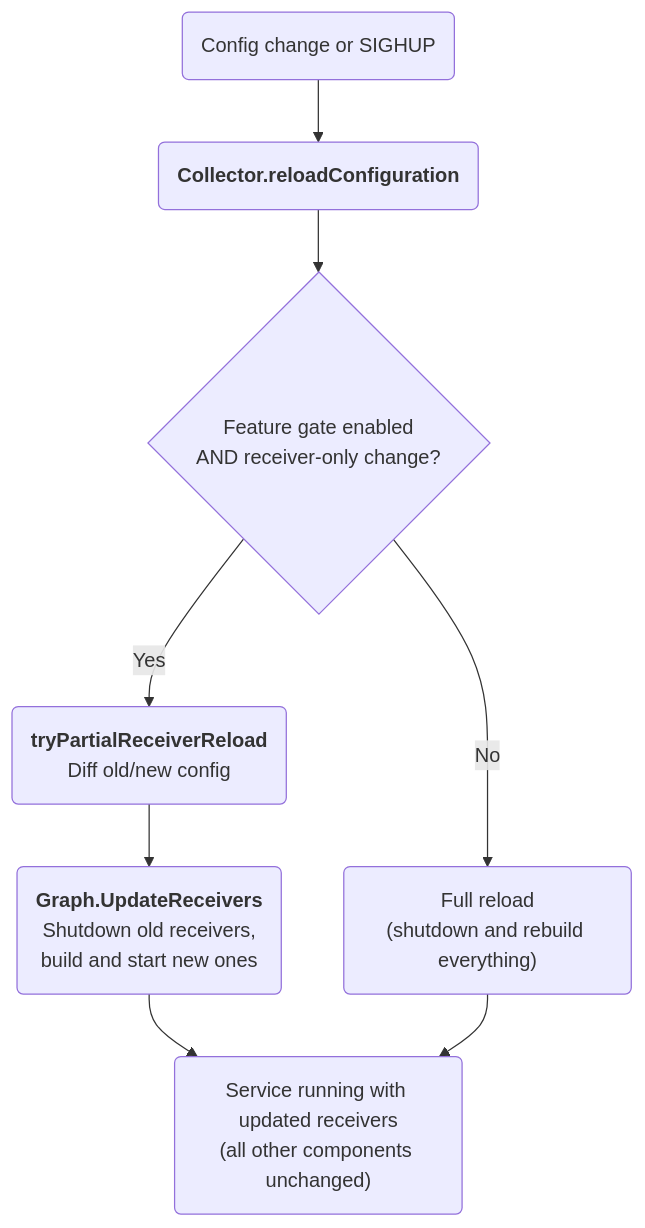
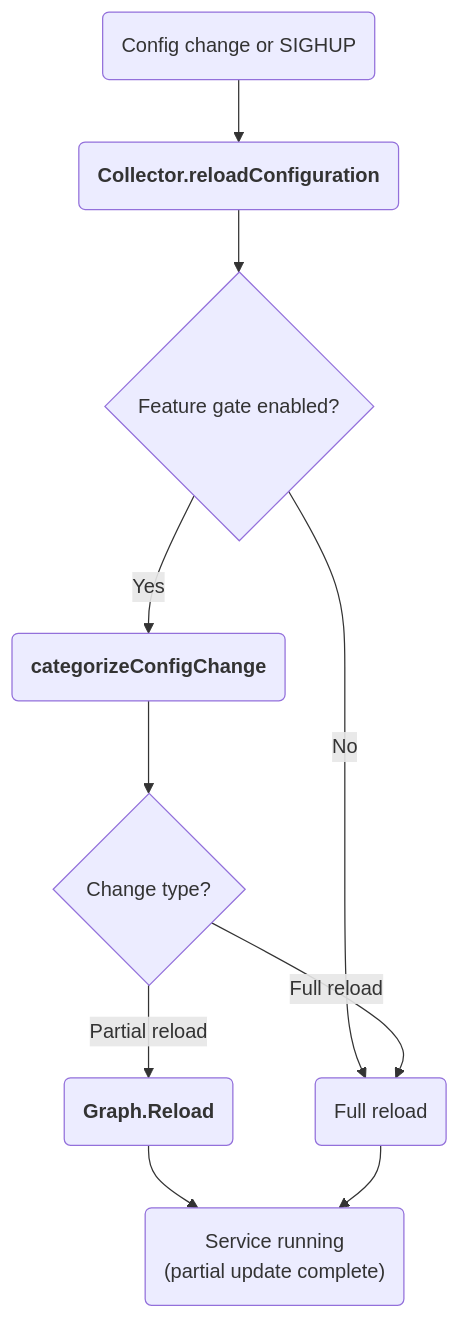
One commit to open-telemetry/opentelemetry-collector changed the third of 3 diagrams in docs/internal-architecture.md. Above: the diagram before and after it, drawn with Mermaid. The commit also changed other lines of this file and 9 other files, not shown here.

First line of the commit message:
service/graph: Add partial reload support for pipeline components

````diff
--- a/docs/internal-architecture.md
+++ b/docs/internal-architecture.md
@@ -71,16 +86,13 @@
 ```mermaid
 flowchart TD
     A("`Config change or SIGHUP`") --> B("`**Collector.reloadConfiguration**`")
-    B --> C{"`Feature gate enabled
-    AND receiver-only change?`"}
-    C -->|Yes| D("`**tryPartialReceiverReload**
-    Diff old/new config`")
-    D --> E("`**Graph.UpdateReceivers**
-    Shutdown old receivers,
-    build and start new ones`")
-    E --> F("`Service running with updated receivers
-    (all other components unchanged)`")
-    C -->|No| G("`Full reload
-    (shutdown and rebuild everything)`")
-    G --> F
+    B --> C{"`Feature gate enabled?`"}
+    C -->|No| H("`Full reload`")
+    C -->|Yes| D("`**categorizeConfigChange**`")
+    D --> E{"`Change type?`"}
+    E -->|Partial reload| F("`**Graph.Reload**`")
+    E -->|Full reload| H
+    F --> I("`Service running
+    (partial update complete)`")
+    H --> I
 ```
````
